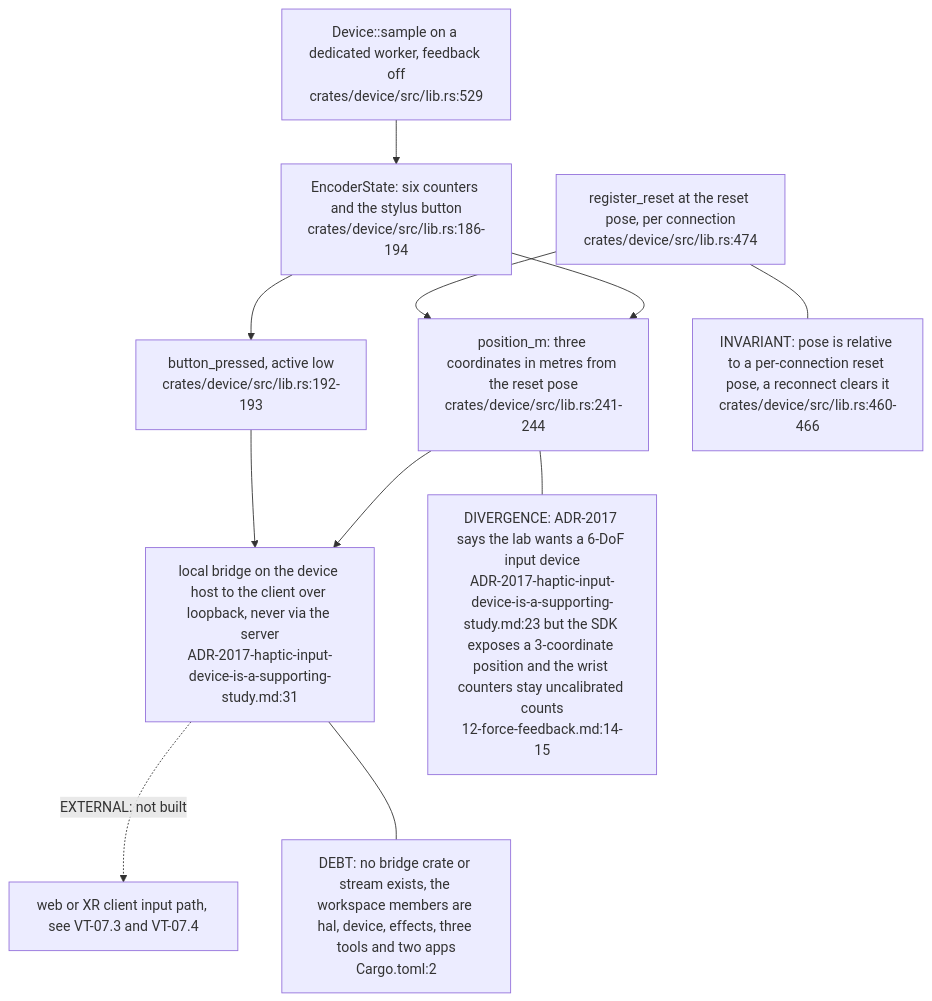
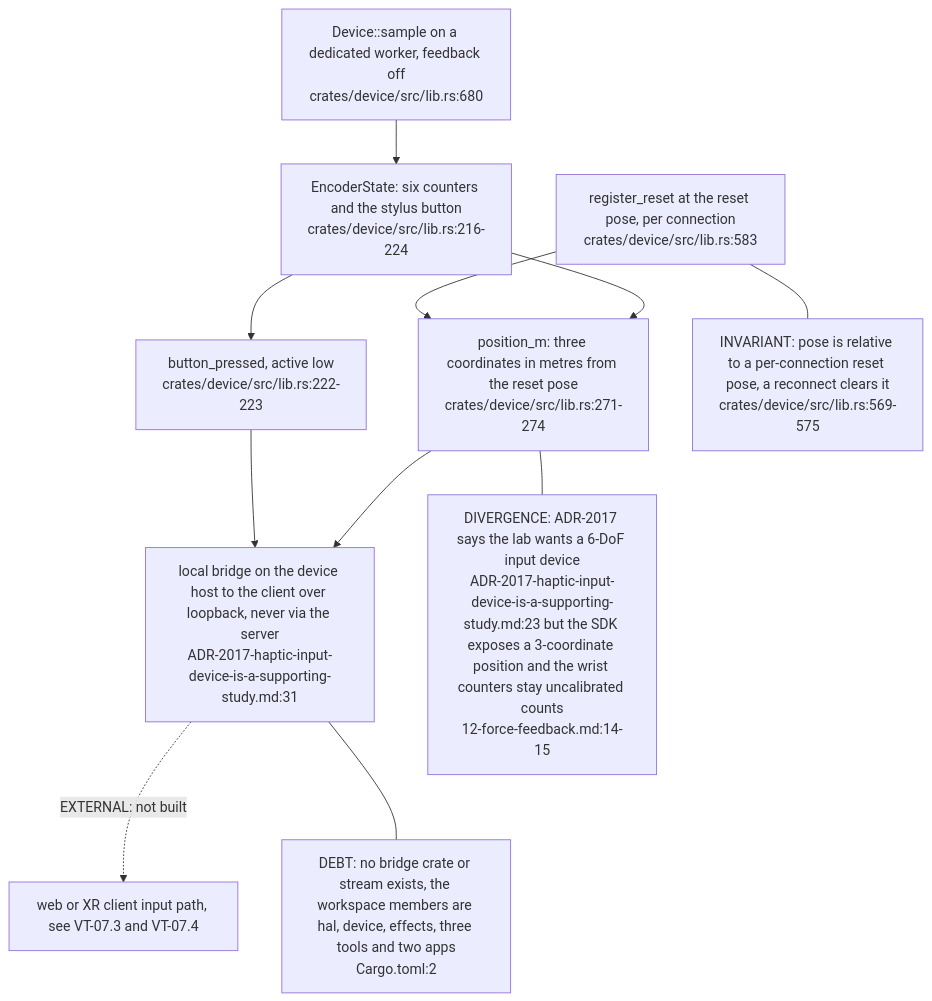
Before and after one commit to DreamLab-AI/VisionFlow: the second of 4 diagrams in docs/diagrams/visiontouch-rs/07-estate-position-and-future-visionclaw-grab-path.md, drawn with Mermaid. The commit also changed other lines of this file and 36 other files, not shown here.

First line of the commit message:
docs(diagrams): re-derive and re-stamp agentbox, dream-engine, visioncraft, visiontouch and vowl topics; drop LAN addresses

````diff
--- a/docs/diagrams/visiontouch-rs/07-estate-position-and-future-visionclaw-grab-path.md
+++ b/docs/diagrams/visiontouch-rs/07-estate-position-and-future-visionclaw-grab-path.md
@@ -64,23 +64,23 @@
 ```mermaid
 flowchart TB
-    DEV["Device::sample on a dedicated worker, feedback off<br/>crates/device/src/lib.rs:529"]
-    ES["EncoderState: six counters and the stylus button<br/>crates/device/src/lib.rs:186-194"]
-    REG["register_reset at the reset pose, per connection<br/>crates/device/src/lib.rs:474"]
-    POS["position_m: three coordinates in metres from the reset pose<br/>crates/device/src/lib.rs:241-244"]
-    BTN["button_pressed, active low<br/>crates/device/src/lib.rs:192-193"]
+    DEV["Device::sample on a dedicated worker, feedback off<br/>crates/device/src/lib.rs:680"]
+    ES["EncoderState: six counters and the stylus button<br/>crates/device/src/lib.rs:216-224"]
+    REG["register_reset at the reset pose, per connection<br/>crates/device/src/lib.rs:583"]
+    POS["position_m: three coordinates in metres from the reset pose<br/>crates/device/src/lib.rs:271-274"]
+    BTN["button_pressed, active low<br/>crates/device/src/lib.rs:222-223"]
     BRG["local bridge on the device host to the client over loopback, never via the server<br/>ADR-2017-haptic-input-device-is-a-supporting-study.md:31"]
     CL["web or XR client input path, see VT-07.3 and VT-07.4"]
     DEV --> ES
     ES --> POS
     ES --> BTN
     REG --> POS
     POS --> BRG
     BTN --> BRG
     BRG -. "EXTERNAL: not built" .-> CL
     N1["DIVERGENCE: ADR-2017 says the lab wants a 6-DoF input device<br/>ADR-2017-haptic-input-device-is-a-supporting-study.md:23 but the SDK exposes a 3-coordinate position and the wrist counters stay uncalibrated counts<br/>12-force-feedback.md:14-15"]
     N2["DEBT: no bridge crate or stream exists, the workspace members are hal, device, effects, three tools and two apps<br/>Cargo.toml:2"]
-    N3["INVARIANT: pose is relative to a per-connection reset pose, a reconnect clears it<br/>crates/device/src/lib.rs:460-466"]
+    N3["INVARIANT: pose is relative to a per-connection reset pose, a reconnect clears it<br/>crates/device/src/lib.rs:569-575"]
     POS --- N1
     BRG --- N2
     REG --- N3
 ```
````
